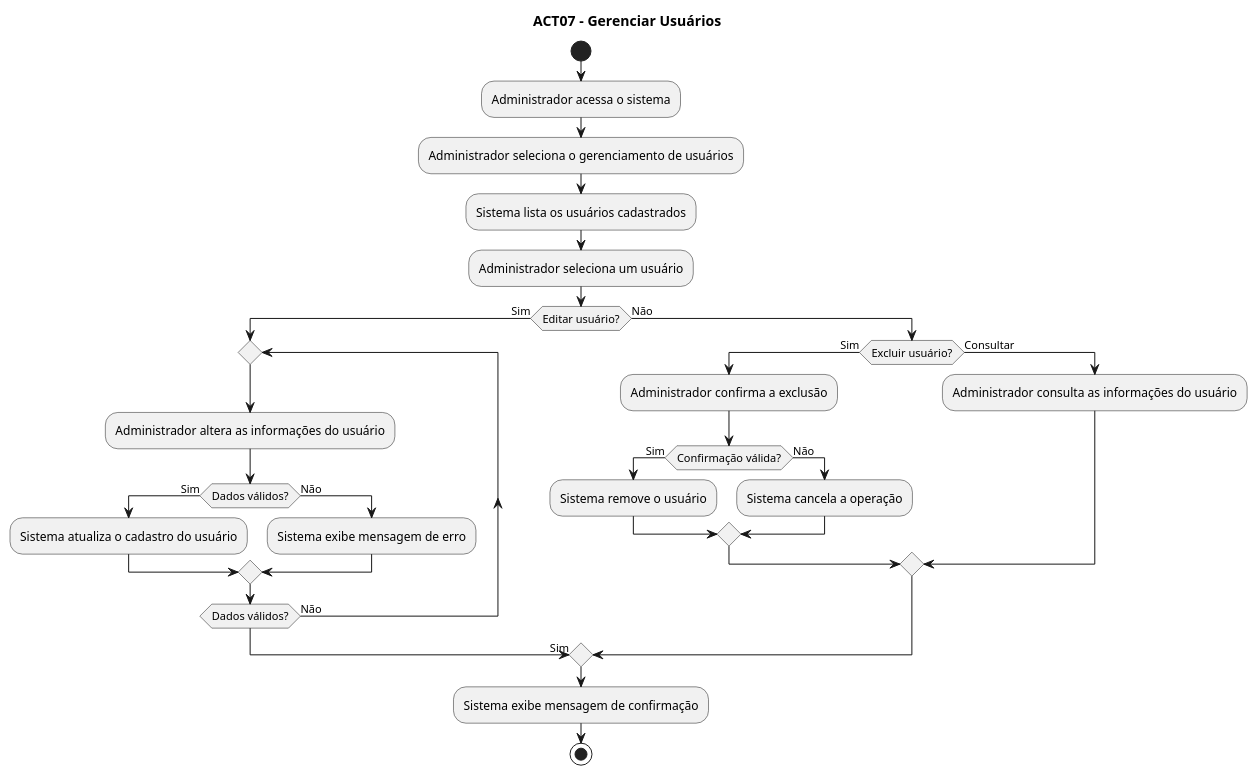
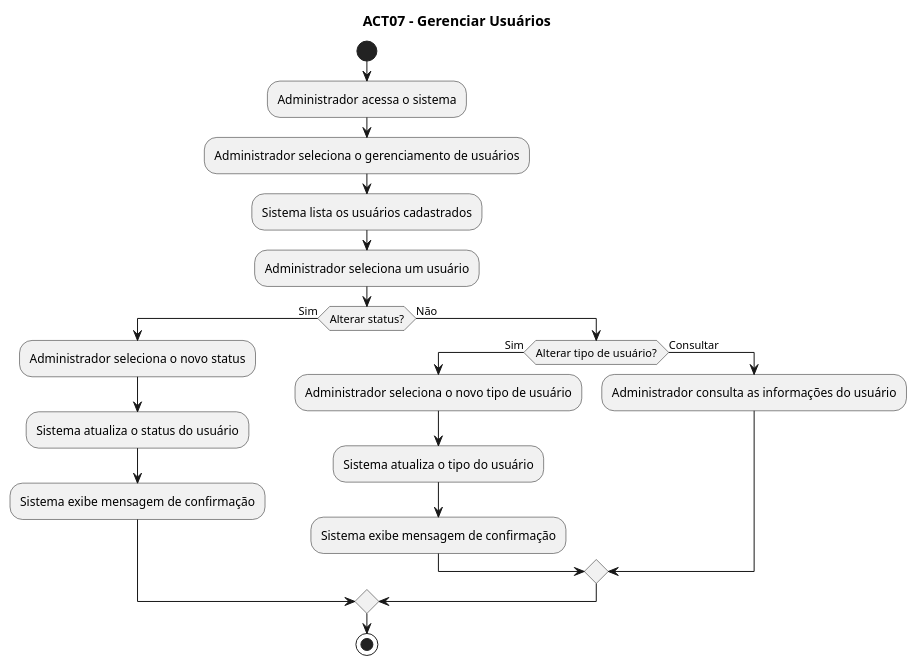
One commit to Nathan-Edu/Financa-Facil changed the diagram in docs/modelagem/atividades/act07-gerenciar-usuarios.puml. Above: the diagram before and after it, drawn with PlantUML. The commit also changed 21 other files, not shown here.

```diff
--- a/docs/modelagem/atividades/act07-gerenciar-usuarios.puml
+++ b/docs/modelagem/atividades/act07-gerenciar-usuarios.puml
@@ -1,50 +1,36 @@
 @startuml
 
 title ACT07 - Gerenciar Usuários
 
 start
 
 :Administrador acessa o sistema;
 :Administrador seleciona o gerenciamento de usuários;
 :Sistema lista os usuários cadastrados;
 :Administrador seleciona um usuário;
 
-if (Editar usuário?) then (Sim)
+if (Alterar status?) then (Sim)
 
-  repeat
-    :Administrador altera as informações do usuário;
-
-    if (Dados válidos?) then (Sim)
-      :Sistema atualiza o cadastro do usuário;
-    else (Não)
-      :Sistema exibe mensagem de erro;
-    endif
-
-  repeat while (Dados válidos?) is (Não)
-  -> Sim;
+  :Administrador seleciona o novo status;
+  :Sistema atualiza o status do usuário;
+  :Sistema exibe mensagem de confirmação;
 
 else (Não)
 
-  if (Excluir usuário?) then (Sim)
+  if (Alterar tipo de usuário?) then (Sim)
 
-    :Administrador confirma a exclusão;
-
-    if (Confirmação válida?) then (Sim)
-      :Sistema remove o usuário;
-    else (Não)
-      :Sistema cancela a operação;
-    endif
+    :Administrador seleciona o novo tipo de usuário;
+    :Sistema atualiza o tipo do usuário;
+    :Sistema exibe mensagem de confirmação;
 
   else (Consultar)
 
     :Administrador consulta as informações do usuário;
 
   endif
 
 endif
 
-:Sistema exibe mensagem de confirmação;
-
 stop
 
 @enduml
```
